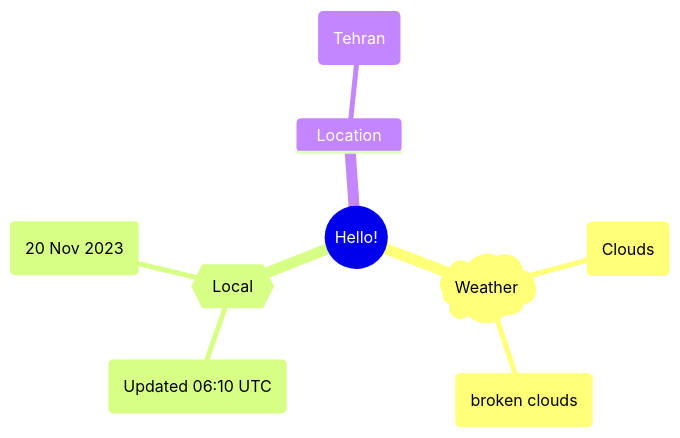
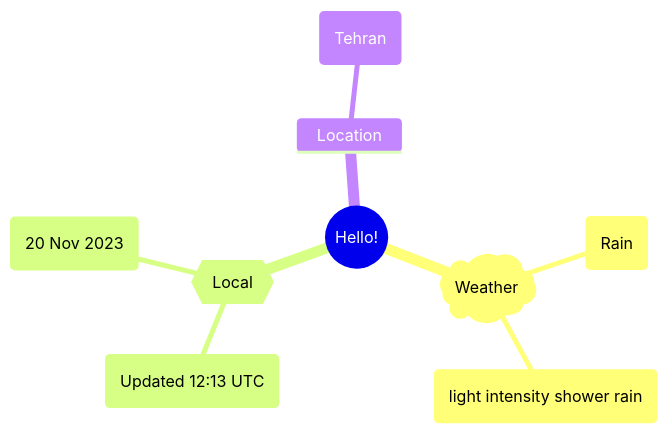
Before and after one commit to Xosrov/Xosrov: the first of 2 diagrams in README.md, drawn with Mermaid.

Commit message:
[bot] updated images

````diff
--- a/README.md
+++ b/README.md
@@ -3,12 +3,12 @@
 ```mermaid
 mindmap
   root((Hello!))
     )Weather(
-        (Clouds)
-        (broken clouds)
+        (Rain)
+        (light intensity shower rain)
     {{Local}}
-        (Updated 06:10 UTC)
+        (Updated 12:13 UTC)
         (20 Nov 2023)
     Location
         (Tehran)
 ```
````
